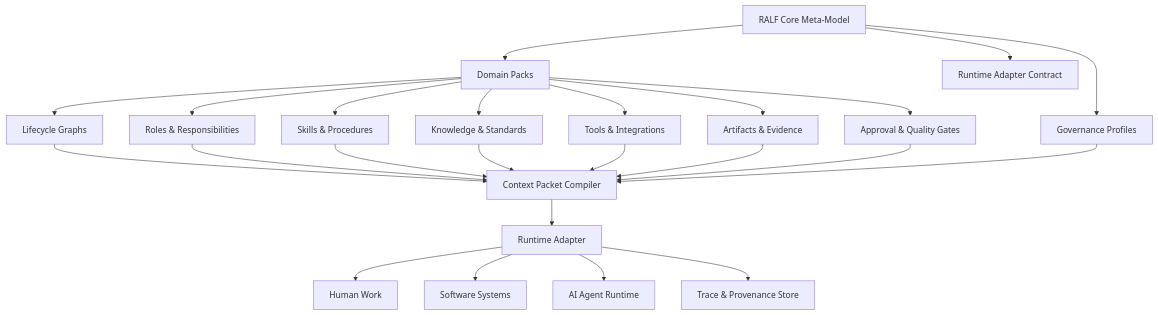
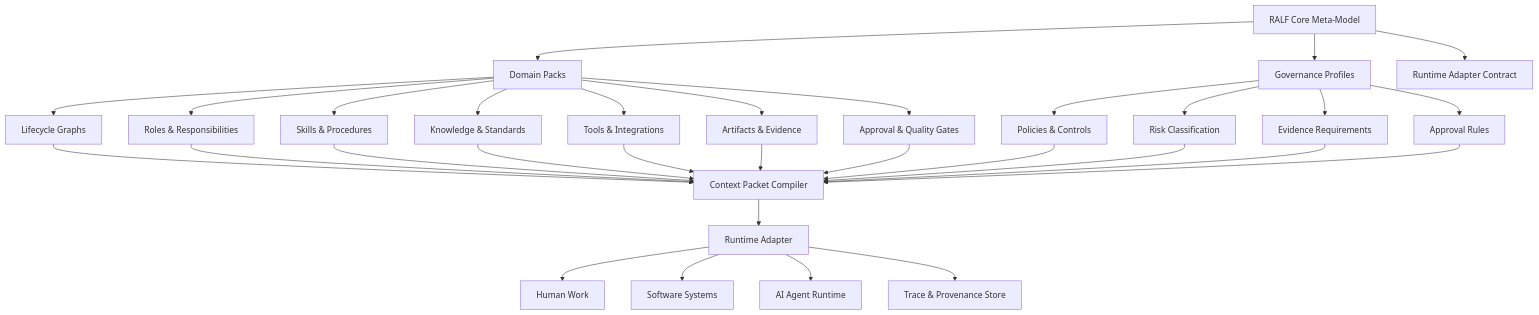
One commit to RALF-Framework/ralf changed the diagram in README.md. Above: the diagram before and after it, drawn with Mermaid. The commit also changed other lines of this file and 6 other files, not shown here.

````diff
--- a/README.md
+++ b/README.md
@@ -106,29 +150,37 @@
 ```mermaid
 flowchart TD
     Core[RALF Core Meta-Model] --> Packs[Domain Packs]
     Core --> Governance[Governance Profiles]
     Core --> Adapter[Runtime Adapter Contract]
 
     Packs --> Lifecycle[Lifecycle Graphs]
     Packs --> Roles[Roles & Responsibilities]
     Packs --> Skills[Skills & Procedures]
     Packs --> Knowledge[Knowledge & Standards]
     Packs --> Tools[Tools & Integrations]
     Packs --> Artifacts[Artifacts & Evidence]
     Packs --> Gates[Approval & Quality Gates]
 
+    Governance --> Policies[Policies & Controls]
+    Governance --> Risks[Risk Classification]
+    Governance --> Evidence[Evidence Requirements]
+    Governance --> Approvals[Approval Rules]
+
     Lifecycle --> Compiler[Context Packet Compiler]
     Roles --> Compiler
     Skills --> Compiler
     Knowledge --> Compiler
     Tools --> Compiler
     Artifacts --> Compiler
     Gates --> Compiler
-    Governance --> Compiler
+    Policies --> Compiler
+    Risks --> Compiler
+    Evidence --> Compiler
+    Approvals --> Compiler
 
     Compiler --> Runtime[Runtime Adapter]
     Runtime --> Human[Human Work]
     Runtime --> Software[Software Systems]
     Runtime --> Agent[AI Agent Runtime]
     Runtime --> Trace[Trace & Provenance Store]
 ```
````
